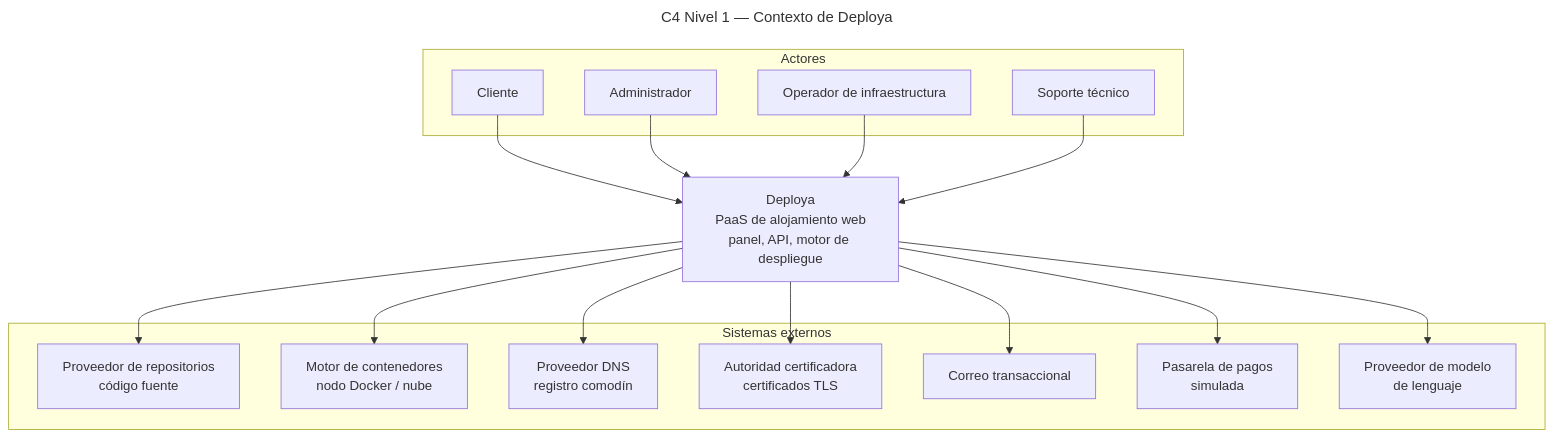
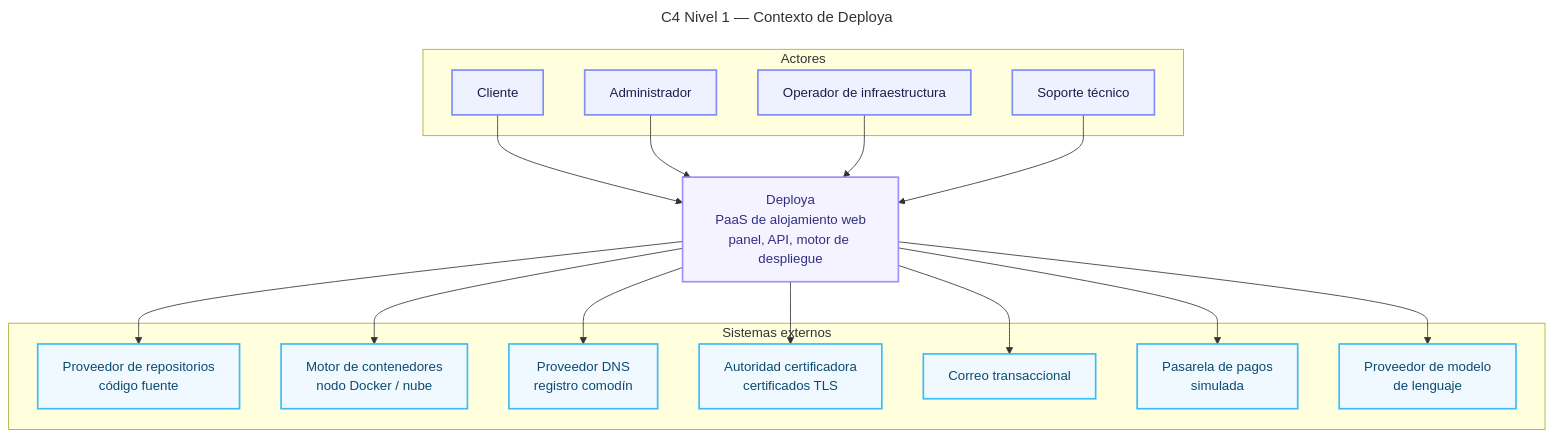
The first of 2 diagrams in docs/arquitectura.md (derekCmorales/deploya), drawn with Mermaid before and after one commit. The commit also changed other lines of this file and 39 other files, not shown here.

````diff
--- a/docs/arquitectura.md
+++ b/docs/arquitectura.md
@@ -37,37 +38,44 @@
 ```mermaid
 ---
 title: C4 Nivel 1 — Contexto de Deploya
 ---
 flowchart TB
     subgraph ACTORES["Actores"]
         CLIENTE["Cliente"]
         ADMIN["Administrador"]
         OPERADOR["Operador de infraestructura"]
         SOPORTE["Soporte técnico"]
     end
 
     DEPLOYA["Deploya<br/>PaaS de alojamiento web<br/>panel, API, motor de despliegue"]
 
     subgraph EXTERNOS["Sistemas externos"]
         GIT["Proveedor de repositorios<br/>código fuente"]
         NUBE["Motor de contenedores<br/>nodo Docker / nube"]
         DNS["Proveedor DNS<br/>registro comodín"]
         CA["Autoridad certificadora<br/>certificados TLS"]
         CORREO["Correo transaccional"]
         PAGOS["Pasarela de pagos<br/>simulada"]
         LLM["Proveedor de modelo<br/>de lenguaje"]
     end
 
     CLIENTE --> DEPLOYA
     ADMIN --> DEPLOYA
     OPERADOR --> DEPLOYA
     SOPORTE --> DEPLOYA
 
     DEPLOYA --> GIT
     DEPLOYA --> NUBE
     DEPLOYA --> DNS
     DEPLOYA --> CA
     DEPLOYA --> CORREO
     DEPLOYA --> PAGOS
     DEPLOYA --> LLM
+
+    classDef actor fill:#eef2ff,stroke:#818cf8,stroke-width:2px,color:#1e1b4b
+    classDef sistema fill:#f5f3ff,stroke:#a78bfa,stroke-width:2px,color:#312e81
+    classDef externo fill:#f0f9ff,stroke:#38bdf8,stroke-width:2px,color:#0c4a6e
+    class CLIENTE,ADMIN,OPERADOR,SOPORTE actor
+    class DEPLOYA sistema
+    class GIT,NUBE,DNS,CA,CORREO,PAGOS,LLM externo
 ```
````
